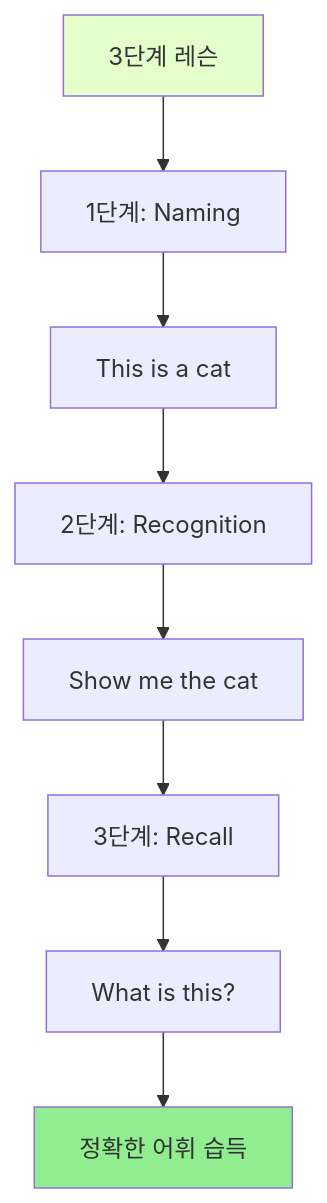
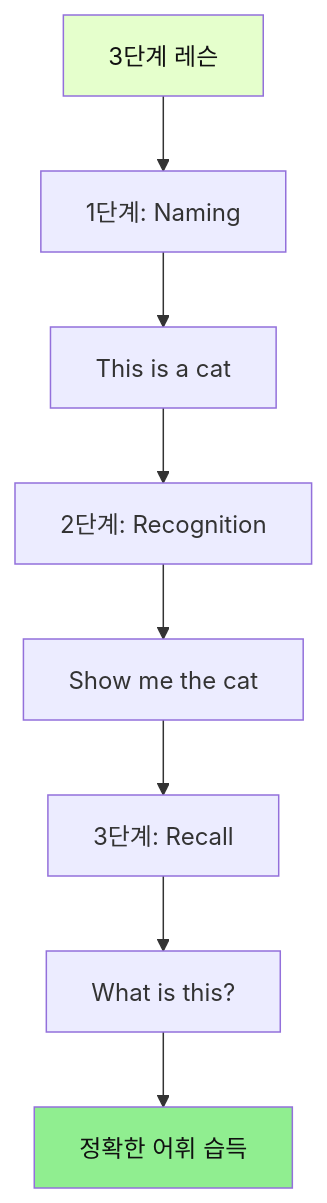
Diagram 11 of 45 in 영어/(영어_중요성)_유아_영어교육_파닉스_동요_방법론.md (Collegenie-X/froebel), drawn with Mermaid before and after one commit. The commit also changed other lines of this file and 13 other files, not shown here.

````diff
--- a/영어/(영어_중요성)_유아_영어교육_파닉스_동요_방법론.md
+++ b/영어/(영어_중요성)_유아_영어교육_파닉스_동요_방법론.md
@@ -321,14 +321,14 @@
 ```mermaid
 graph TD
     A[3단계 레슨] --> B[1단계: Naming]
     B --> C[This is a cat]
     C --> D[2단계: Recognition]
     D --> E[Show me the cat]
     E --> F[3단계: Recall]
     F --> G[What is this?]
     
     G --> H[정확한 어휘 습득]
     
-    style A fill:#E5FFCC
-    style H fill:#90EE90
+    style A fill:#E5FFCC,color:#111
+    style H fill:#90EE90,color:#111
 ```
````
